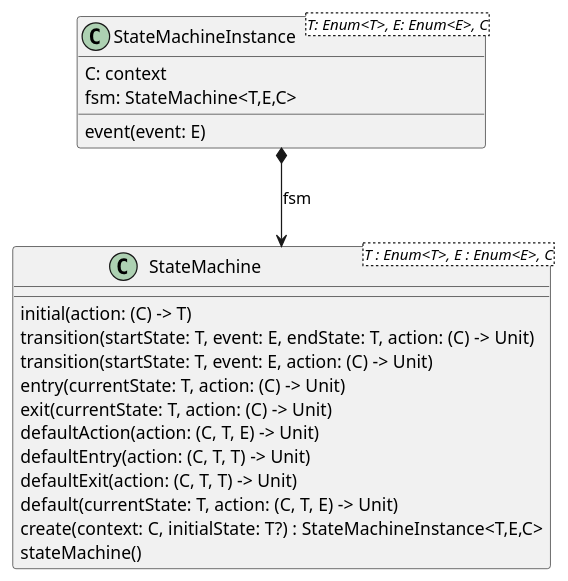
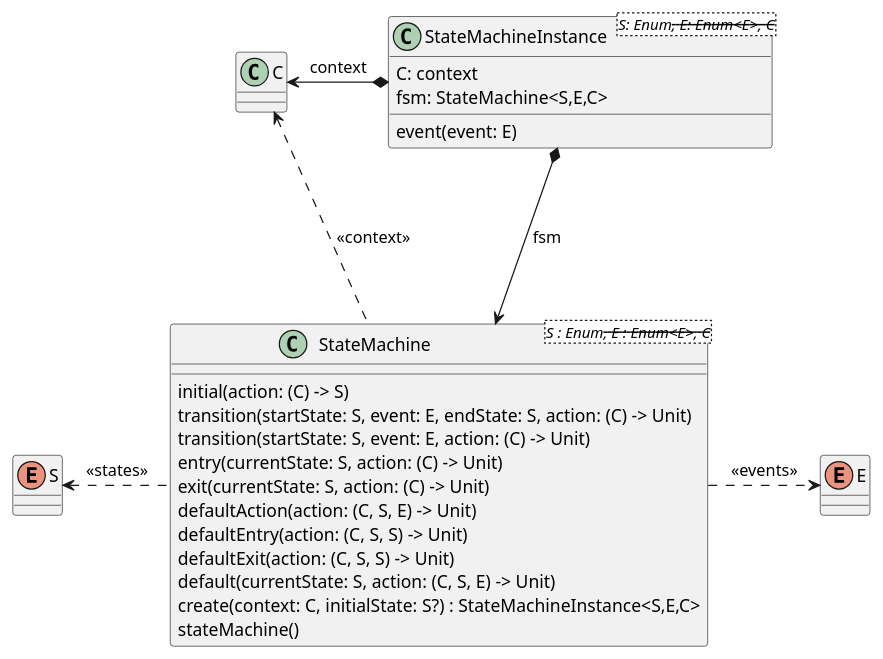
The diagram in src/doc/plantuml/statemachine-model.plantuml (open-jumpco/kfsm), drawn with PlantUML before and after one commit. The commit also changed 9 other files, not shown here.

Commit message:
improved diagrams

```diff
--- a/src/doc/plantuml/statemachine-model.plantuml
+++ b/src/doc/plantuml/statemachine-model.plantuml
@@ -1,27 +1,36 @@
 @startuml
 
+class C {
+}
+enum S {
+}
+enum E {
+}
 
-class StateMachine<T : Enum<T>, E : Enum<E>, C> {
-    initial(action: (C) -> T)
-    transition(startState: T, event: E, endState: T, action: (C) -> Unit)
-    transition(startState: T, event: E, action: (C) -> Unit)
-    entry(currentState: T, action: (C) -> Unit)
-    exit(currentState: T, action: (C) -> Unit)
-    defaultAction(action: (C, T, E) -> Unit)
-    defaultEntry(action: (C, T, T) -> Unit)
-    defaultExit(action: (C, T, T) -> Unit)
-    default(currentState: T, action: (C, T, E) -> Unit)
-    create(context: C, initialState: T?) : StateMachineInstance<T,E,C>
+class StateMachine<S : Enum<S>, E : Enum<E>, C> {
+    initial(action: (C) -> S)
+    transition(startState: S, event: E, endState: S, action: (C) -> Unit)
+    transition(startState: S, event: E, action: (C) -> Unit)
+    entry(currentState: S, action: (C) -> Unit)
+    exit(currentState: S, action: (C) -> Unit)
+    defaultAction(action: (C, S, E) -> Unit)
+    defaultEntry(action: (C, S, S) -> Unit)
+    defaultExit(action: (C, S, S) -> Unit)
+    default(currentState: S, action: (C, S, E) -> Unit)
+    create(context: C, initialState: S?) : StateMachineInstance<S,E,C>
     stateMachine()
 }
 
-class StateMachineInstance<T: Enum<T>, E: Enum<E>, C> {
+class StateMachineInstance<S: Enum<S>, E: Enum<E>, C> {
     C: context
-    fsm: StateMachine<T,E,C>
+    fsm: StateMachine<S,E,C>
     event(event: E)
 }
+StateMachine .left.> S : <<states>>
+StateMachine .right.> E : <<events>>
+StateMachine .up.> C : <<context>>
 
-StateMachineInstance *--> StateMachine : fsm
-
+StateMachineInstance *---> StateMachine : fsm
+StateMachineInstance *-left-> C : context
 
 @enduml
```
